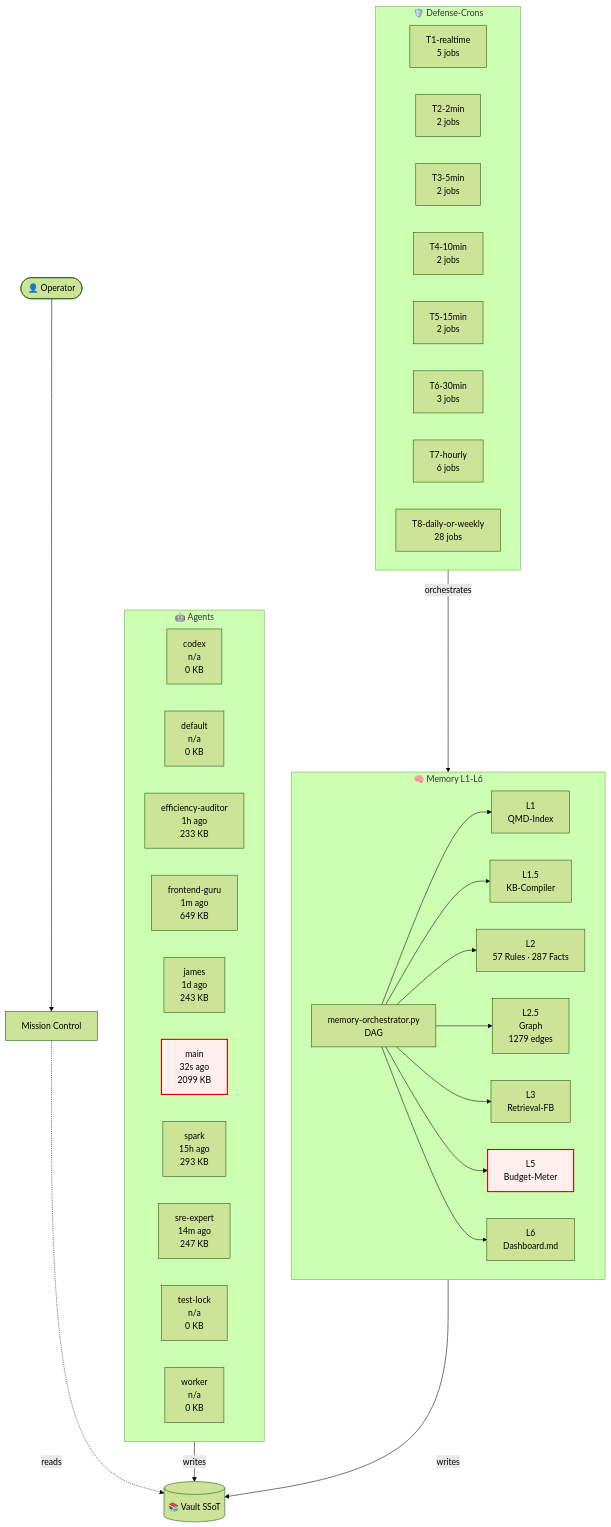
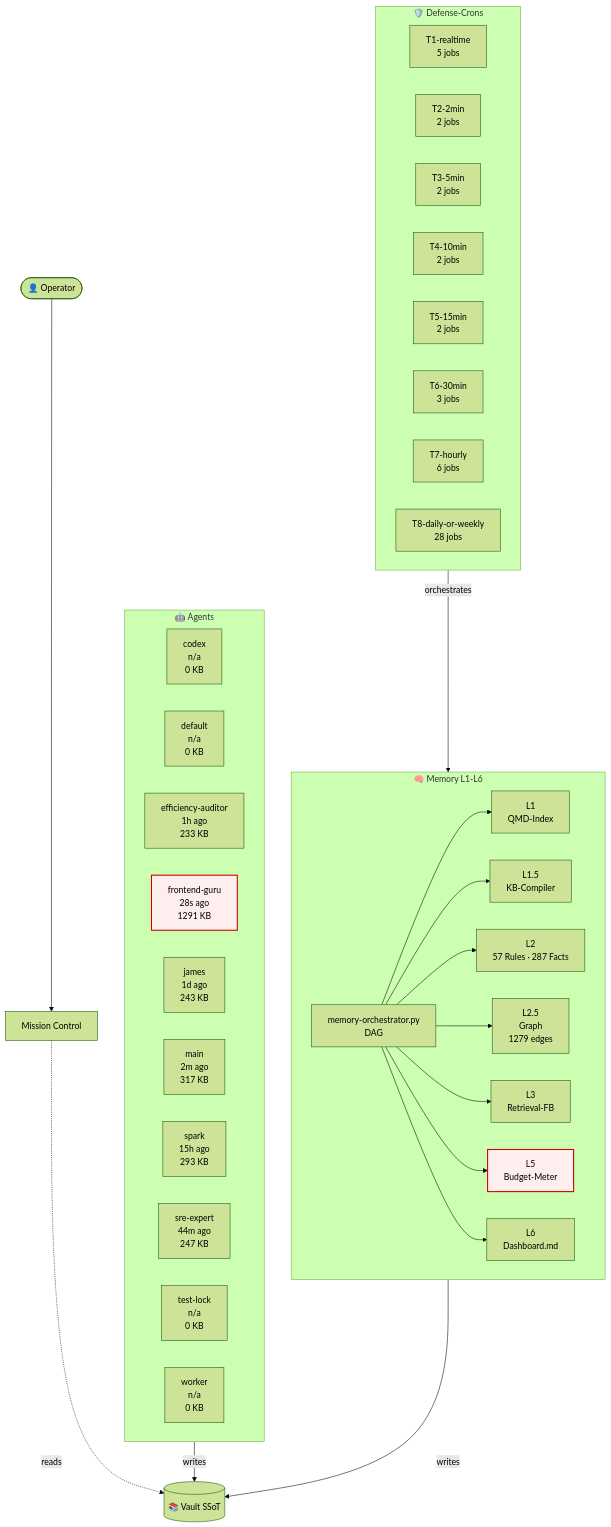
The diagram in 03-Agents/architecture-live.md (lenardhuebner88-rgb/openclaw-memory), drawn with Mermaid (forest theme) before and after one commit. The commit also changed other lines of this file and 19 other files, not shown here.

````diff
--- a/03-Agents/architecture-live.md
+++ b/03-Agents/architecture-live.md
@@ -18,53 +18,53 @@
 ```mermaid
 flowchart TB
     classDef critical fill:#fee,stroke:#c00,stroke-width:2px;
     subgraph AGT["🤖 Agents"]
         agent_codex["codex<br/>n/a<br/>0 KB"]
         agent_default["default<br/>n/a<br/>0 KB"]
         agent_efficiency_auditor["efficiency-auditor<br/>1h ago<br/>233 KB"]
-        agent_frontend_guru["frontend-guru<br/>1m ago<br/>649 KB"]
+        agent_frontend_guru["frontend-guru<br/>28s ago<br/>1291 KB"]
         agent_james["james<br/>1d ago<br/>243 KB"]
-        agent_main["main<br/>32s ago<br/>2099 KB"]
+        agent_main["main<br/>2m ago<br/>317 KB"]
         agent_spark["spark<br/>15h ago<br/>293 KB"]
-        agent_sre_expert["sre-expert<br/>14m ago<br/>247 KB"]
+        agent_sre_expert["sre-expert<br/>44m ago<br/>247 KB"]
         agent_test_lock["test-lock<br/>n/a<br/>0 KB"]
         agent_worker["worker<br/>n/a<br/>0 KB"]
     end
     subgraph MEM["🧠 Memory L1-L6"]
         L1["L1<br/>QMD-Index"]
         L15["L1.5<br/>KB-Compiler"]
         L2["L2<br/>57 Rules · 287 Facts"]
         L25["L2.5<br/>Graph<br/>1279 edges"]
         L3["L3<br/>Retrieval-FB"]
         L5["L5<br/>Budget-Meter"]
         L6["L6<br/>Dashboard.md"]
         ORCH["memory-orchestrator.py<br/>DAG"]
     end
     subgraph CRN["🛡️ Defense-Crons"]
         tier_T1_realtime["T1-realtime<br/>5 jobs"]
         tier_T2_2min["T2-2min<br/>2 jobs"]
         tier_T3_5min["T3-5min<br/>2 jobs"]
         tier_T4_10min["T4-10min<br/>2 jobs"]
         tier_T5_15min["T5-15min<br/>2 jobs"]
         tier_T6_30min["T6-30min<br/>3 jobs"]
         tier_T7_hourly["T7-hourly<br/>6 jobs"]
         tier_T8_daily_or_weekly["T8-daily-or-weekly<br/>28 jobs"]
     end
     VAULT[("📚 Vault SSoT")]
     OP([👤 Operator])
     MC["Mission Control"]
     OP --> MC
     MC -.reads.-> VAULT
     AGT -->|writes| VAULT
     MEM -->|writes| VAULT
     ORCH --> L1
     ORCH --> L15
     ORCH --> L2
     ORCH --> L25
     ORCH --> L3
     ORCH --> L5
     ORCH --> L6
     CRN -->|orchestrates| MEM
     class L5 critical
-    class agent_main critical
+    class agent_frontend_guru critical
 ```
````
